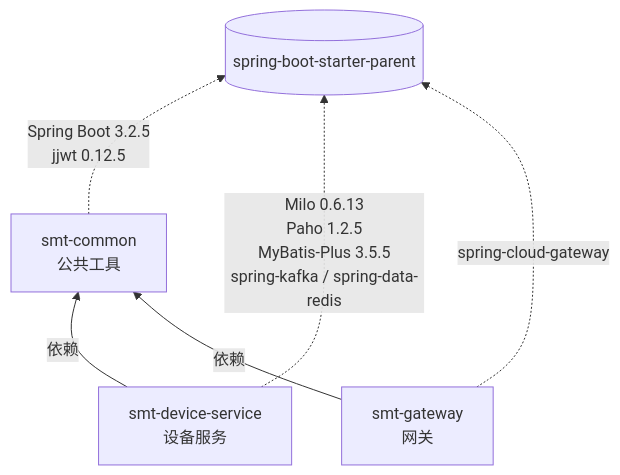
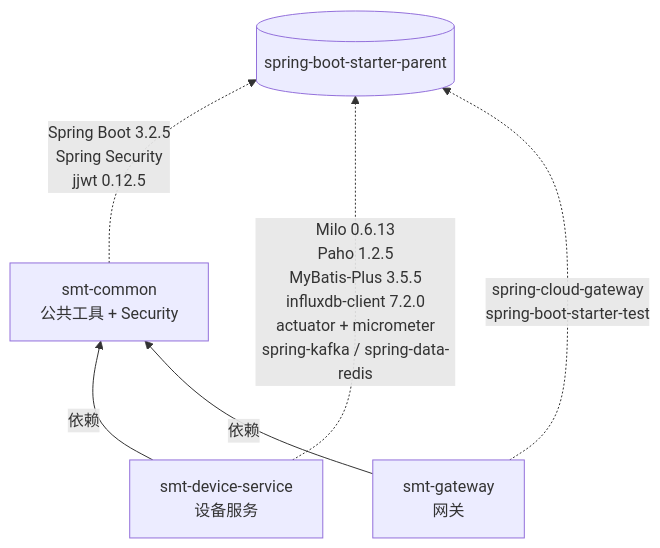
The sixth of 8 diagrams in docs/explaination/project-explanation-phase1.md (north30-dev/smt-agent-platform), drawn with Mermaid before and after one commit. The commit also changed other lines of this file and 2 other files, not shown here.

````diff
--- a/docs/explaination/project-explanation-phase1.md
+++ b/docs/explaination/project-explanation-phase1.md
@@ -365,13 +458,13 @@
 ```mermaid
 graph BT
-    Common[smt-common<br/>公共工具]
-    GW[smt-gateway<br/>网关]
-    DS[smt-device-service<br/>设备服务]
+    Common["smt-common<br/>公共工具 + Security"]
+    GW["smt-gateway<br/>网关"]
+    DS["smt-device-service<br/>设备服务"]
 
     DS -->|依赖| Common
     GW -->|依赖| Common
 
-    Common -.->|Spring Boot 3.2.5<br/>jjwt 0.12.5| Boot[(spring-boot-starter-parent)]
-    DS -.->|Milo 0.6.13<br/>Paho 1.2.5<br/>MyBatis-Plus 3.5.5<br/>spring-kafka / spring-data-redis| Boot
-    GW -.->|spring-cloud-gateway| Boot
+    Common -.->|"Spring Boot 3.2.5<br/>Spring Security<br/>jjwt 0.12.5"| Boot[("spring-boot-starter-parent")]
+    DS -.->|"Milo 0.6.13<br/>Paho 1.2.5<br/>MyBatis-Plus 3.5.5<br/>influxdb-client 7.2.0<br/>actuator + micrometer<br/>spring-kafka / spring-data-redis"| Boot
+    GW -.->|"spring-cloud-gateway<br/>spring-boot-starter-test"| Boot
 ```
````
